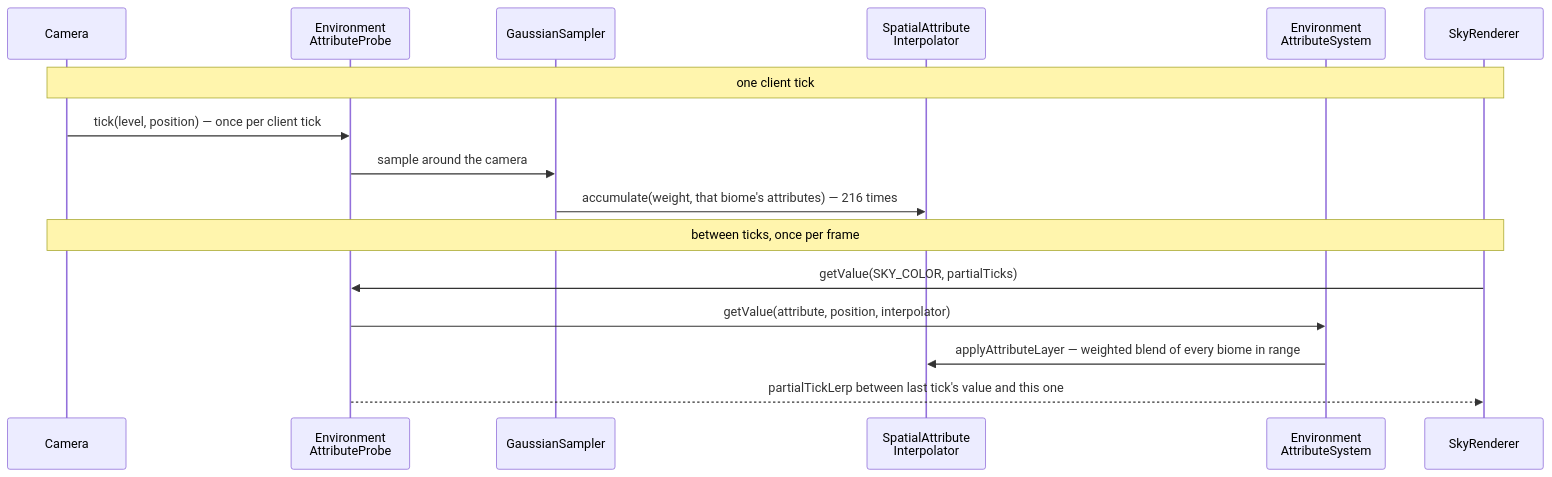
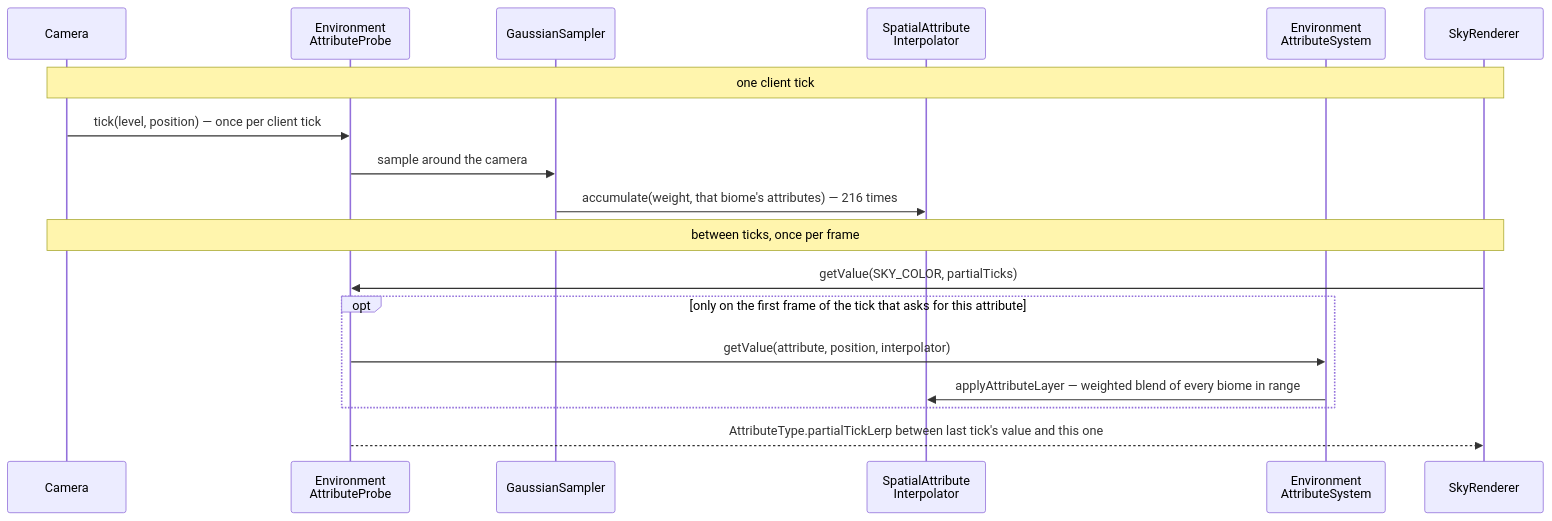
One commit to AlexanderjFraser/MinecraftDocs changed the third of 3 diagrams in src/systems/world/environment-attributes-and-timelines.md. Above: the diagram before and after it, drawn with Mermaid. The commit also changed other lines of this file and 22 other files, not shown here.

````diff
--- a/src/systems/world/environment-attributes-and-timelines.md
+++ b/src/systems/world/environment-attributes-and-timelines.md
@@ -339,19 +366,21 @@
 ```mermaid
 sequenceDiagram
     participant Camera as Camera
     participant EAP as Environment<br/>AttributeProbe
     participant GS as GaussianSampler
     participant SAI as SpatialAttribute<br/>Interpolator
     participant EAS as Environment<br/>AttributeSystem
     participant SR as SkyRenderer
 
     Note over Camera,SR: one client tick
     Camera->>EAP: tick(level, position) — once per client tick
     EAP->>GS: sample around the camera
     GS->>SAI: accumulate(weight, that biome's attributes) — 216 times
     Note over Camera,SR: between ticks, once per frame
     SR->>EAP: getValue(SKY_COLOR, partialTicks)
-    EAP->>EAS: getValue(attribute, position, interpolator)
-    EAS->>SAI: applyAttributeLayer — weighted blend of every biome in range
-    EAP-->>SR: partialTickLerp between last tick's value and this one
+    opt only on the first frame of the tick that asks for this attribute
+        EAP->>EAS: getValue(attribute, position, interpolator)
+        EAS->>SAI: applyAttributeLayer — weighted blend of every biome in range
+    end
+    EAP-->>SR: AttributeType.partialTickLerp between last tick's value and this one
 ```
````
